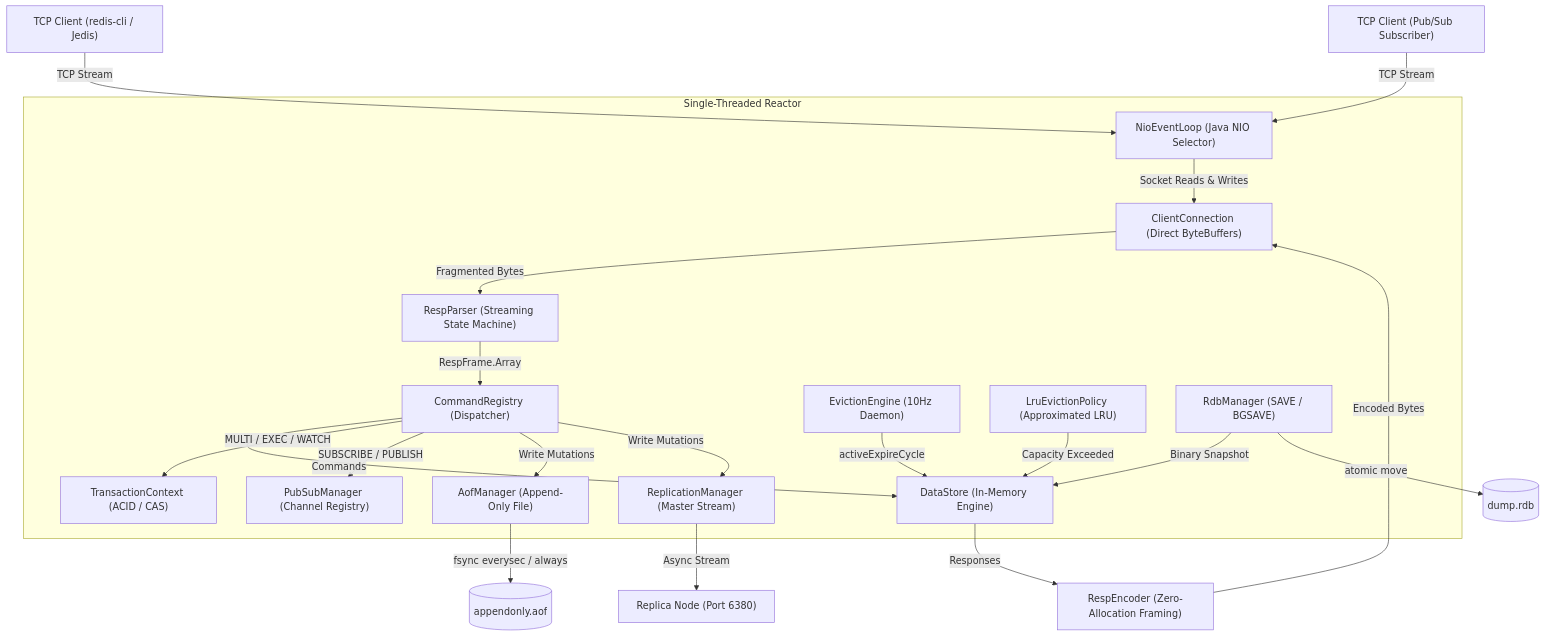
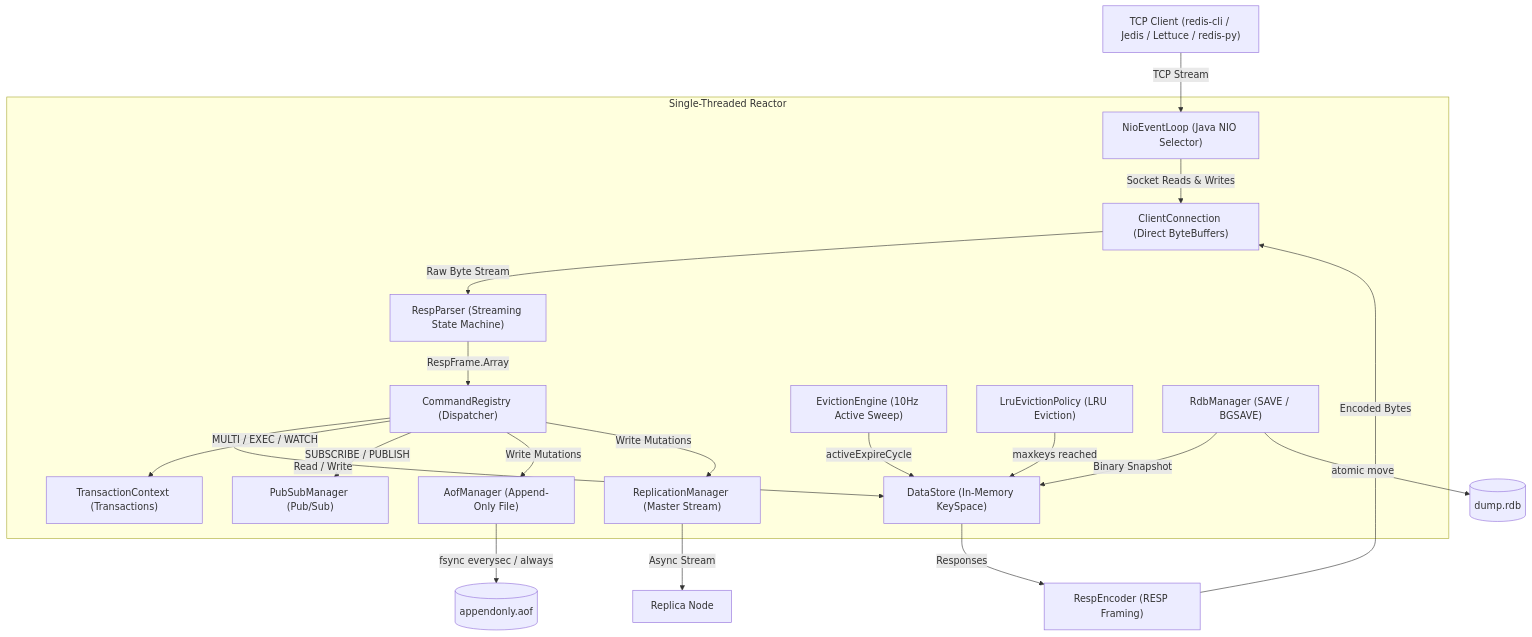
Before and after one commit to arraimal70-code/Redis-Java: the diagram in README.md, drawn with Mermaid. The commit also changed other lines of this file, not shown here.

````diff
--- a/README.md
+++ b/README.md
@@ -53,27 +15,26 @@
 ```mermaid
 graph TD
-    Client1["TCP Client (redis-cli / Jedis)"] -->|TCP Stream| NioEventLoop["NioEventLoop (Java NIO Selector)"]
-    Client2["TCP Client (Pub/Sub Subscriber)"] -->|TCP Stream| NioEventLoop
+    Client["TCP Client (redis-cli / Jedis / Lettuce / redis-py)"] -->|TCP Stream| NioEventLoop["NioEventLoop (Java NIO Selector)"]
 
     subgraph Server Core [Single-Threaded Reactor]
         NioEventLoop -->|Socket Reads & Writes| ClientConn["ClientConnection (Direct ByteBuffers)"]
-        ClientConn -->|Fragmented Bytes| RespParser["RespParser (Streaming State Machine)"]
+        ClientConn -->|Raw Byte Stream| RespParser["RespParser (Streaming State Machine)"]
         RespParser -->|RespFrame.Array| CommandRegistry["CommandRegistry (Dispatcher)"]
 
-        CommandRegistry -->|Commands| DataStore["DataStore (In-Memory Engine)"]
-        CommandRegistry -->|MULTI / EXEC / WATCH| TxContext["TransactionContext (ACID / CAS)"]
-        CommandRegistry -->|SUBSCRIBE / PUBLISH| PubSub["PubSubManager (Channel Registry)"]
+        CommandRegistry -->|Read / Write| DataStore["DataStore (In-Memory KeySpace)"]
+        CommandRegistry -->|MULTI / EXEC / WATCH| TxContext["TransactionContext (Transactions)"]
+        CommandRegistry -->|SUBSCRIBE / PUBLISH| PubSub["PubSubManager (Pub/Sub)"]
         CommandRegistry -->|Write Mutations| AofWriter["AofManager (Append-Only File)"]
         CommandRegistry -->|Write Mutations| ReplManager["ReplicationManager (Master Stream)"]
 
-        EvictionEngine["EvictionEngine (10Hz Daemon)"] -->|activeExpireCycle| DataStore
-        LruEngine["LruEvictionPolicy (Approximated LRU)"] -->|Capacity Exceeded| DataStore
+        EvictionEngine["EvictionEngine (10Hz Active Sweep)"] -->|activeExpireCycle| DataStore
+        LruEngine["LruEvictionPolicy (LRU Eviction)"] -->|maxkeys reached| DataStore
         RdbEngine["RdbManager (SAVE / BGSAVE)"] -->|Binary Snapshot| DataStore
     end
 
-    ReplManager -->|Async Stream| Replica1["Replica Node (Port 6380)"]
+    ReplManager -->|Async Stream| Replica["Replica Node"]
     AofWriter -->|fsync everysec / always| DiskAOF[("appendonly.aof")]
     RdbEngine -->|atomic move| DiskRDB[("dump.rdb")]
-    DataStore -->|Responses| RespEncoder["RespEncoder (Zero-Allocation Framing)"]
+    DataStore -->|Responses| RespEncoder["RespEncoder (RESP Framing)"]
     RespEncoder -->|Encoded Bytes| ClientConn
 ```
````
